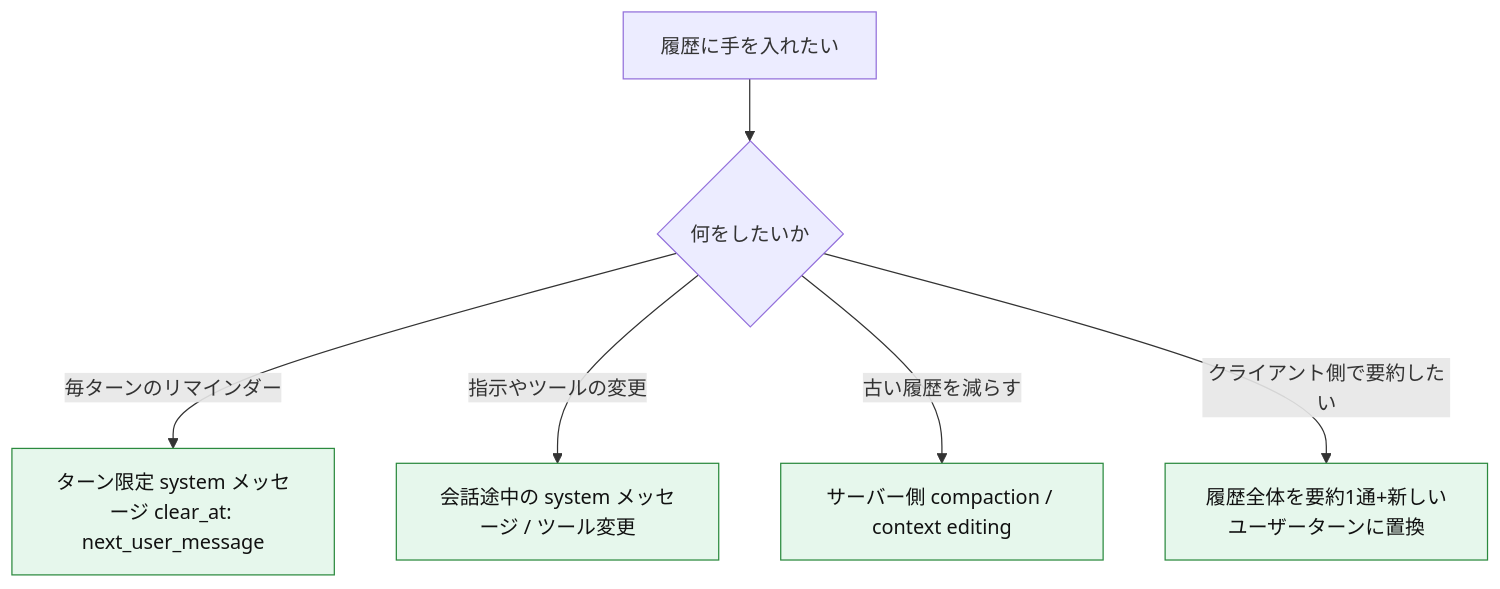
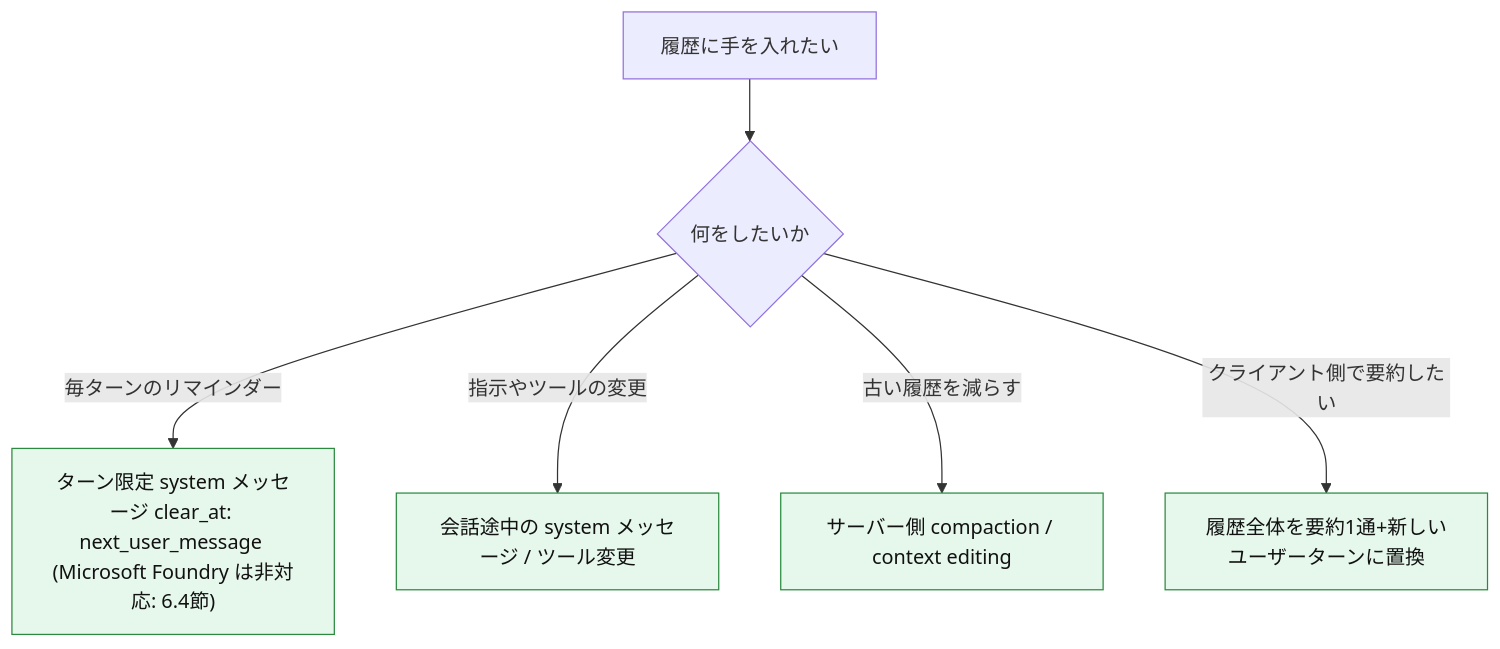
One commit to myoshi2891/Comparison-of-LLMs changed the fourth of 10 diagrams in Claude-fable-5-1-best-practices-guide.md. Above: the diagram before and after it, drawn with Mermaid. The commit also changed other lines of this file, not shown here.

Commit message:
docs(claude): document Microsoft Foundry limitations and workarounds, and add container ID reuse on pause_turn in Fable 5.1 guide

````diff
--- a/Claude-fable-5-1-best-practices-guide.md
+++ b/Claude-fable-5-1-best-practices-guide.md
@@ -435,12 +437,12 @@
 ```mermaid
 flowchart TD
     A["履歴に手を入れたい"] --> B{"何をしたいか"}
-    B -- "毎ターンのリマインダー" --> C["ターン限定 system メッセージ clear_at: next_user_message"]
+    B -- "毎ターンのリマインダー" --> C["ターン限定 system メッセージ clear_at: next_user_message (Microsoft Foundry は非対応: 6.4節)"]
     B -- "指示やツールの変更" --> D["会話途中の system メッセージ / ツール変更"]
     B -- "古い履歴を減らす" --> E["サーバー側 compaction / context editing"]
     B -- "クライアント側で要約したい" --> F["履歴全体を要約1通+新しいユーザーターンに置換"]
     style C fill:#e6f7ec,stroke:#2b8a3e,color:#111
     style D fill:#e6f7ec,stroke:#2b8a3e,color:#111
     style E fill:#e6f7ec,stroke:#2b8a3e,color:#111
     style F fill:#e6f7ec,stroke:#2b8a3e,color:#111
 ```
````
